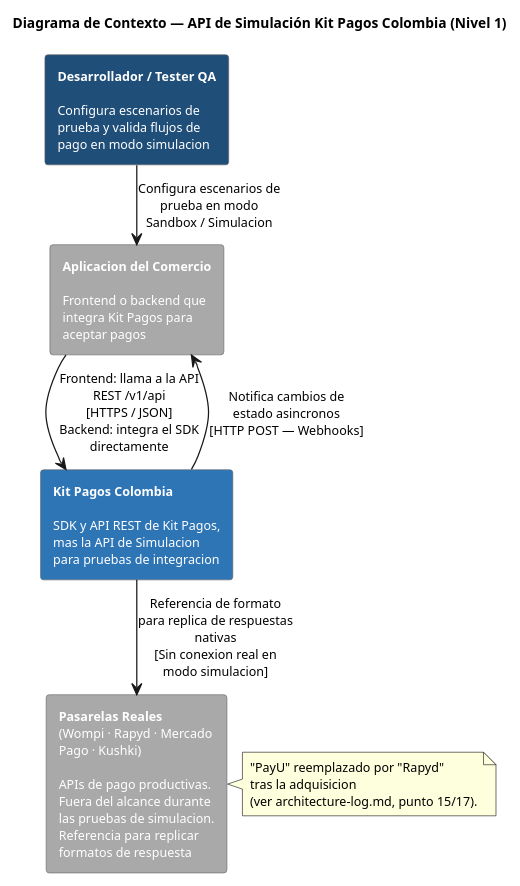
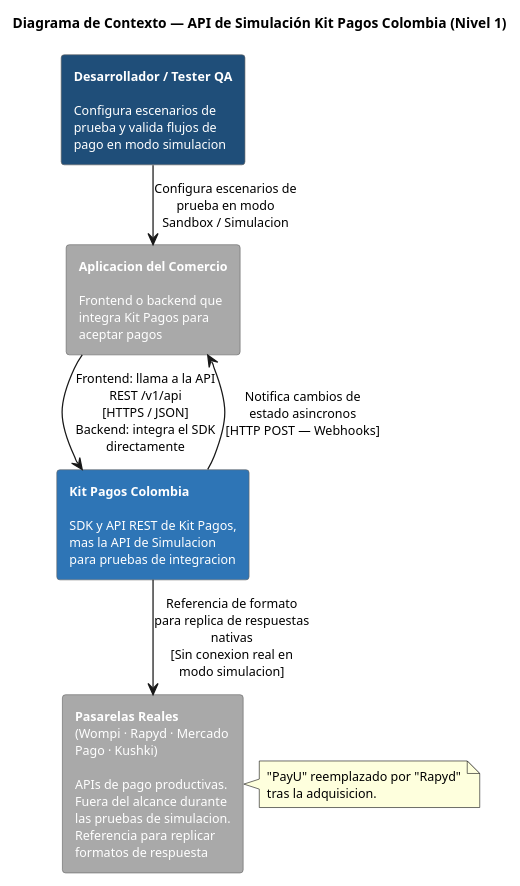
The diagram in docs/architecture/Simulador API/diagrams-source/context-diagram.puml (PurosBrothers/Kit-Pagos-Colombia---Tesis), drawn with PlantUML before and after one commit. The commit also changed 36 other files, not shown here.

```diff
--- a/docs/architecture/Simulador API/diagrams-source/context-diagram.puml
+++ b/docs/architecture/Simulador API/diagrams-source/context-diagram.puml
@@ -1,35 +1,34 @@
 @startuml Context Diagram - Simulador API
 title Diagrama de Contexto — API de Simulación Kit Pagos Colombia (Nivel 1)
 skinparam backgroundColor white
 skinparam defaultFontName Helvetica
 skinparam defaultFontSize 10
 skinparam titleFontSize 11
 skinparam rectangleFontSize 10
 skinparam ArrowFontSize 10
 skinparam NoteFontSize 10
 skinparam wrapWidth 200
 skinparam nodesep 12
 skinparam ranksep 22
 skinparam rectangle {
   BorderColor #666666
   ArrowColor #666666
   FontColor white
 }
 
 rectangle "**Desarrollador / Tester QA**\n\nConfigura escenarios de\nprueba y valida flujos de\npago en modo simulacion" as Dev #1F4E79
 rectangle "**Aplicacion del Comercio**\n\nFrontend o backend que\nintegra Kit Pagos para\naceptar pagos" as Comercio #A9A9A9
 rectangle "**Kit Pagos Colombia**\n\nSDK y API REST de Kit Pagos,\nmas la API de Simulacion\npara pruebas de integracion" as KitPagos #2E75B6
 rectangle "**Pasarelas Reales**\n(Wompi · Rapyd · Mercado\nPago · Kushki)\n\nAPIs de pago productivas.\nFuera del alcance durante\nlas pruebas de simulacion.\nReferencia para replicar\nformatos de respuesta" as Pasarelas #A9A9A9
 
 Dev --> Comercio : Configura escenarios de\nprueba en modo\nSandbox / Simulacion
 Comercio --> KitPagos : Frontend: llama a la API\nREST /v1/api\n[HTTPS / JSON]\nBackend: integra el SDK\ndirectamente
 Comercio <-- KitPagos : Notifica cambios de\nestado asincronos\n[HTTP POST — Webhooks]
 KitPagos --> Pasarelas : Referencia de formato\npara replica de respuestas\nnativas\n[Sin conexion real en\nmodo simulacion]
 
 note right of Pasarelas
   "PayU" reemplazado por "Rapyd"
-  tras la adquisicion
-  (ver architecture-log.md, punto 15/17).
+  tras la adquisicion.
 end note
 
 @enduml
```
